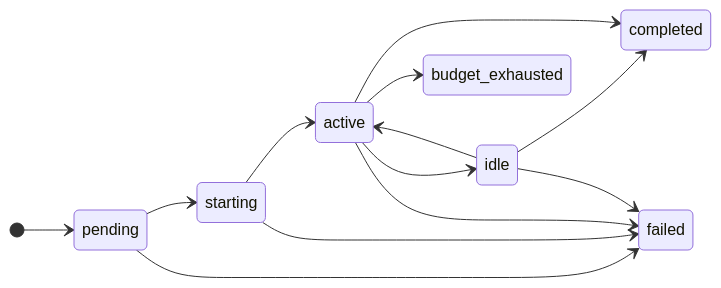
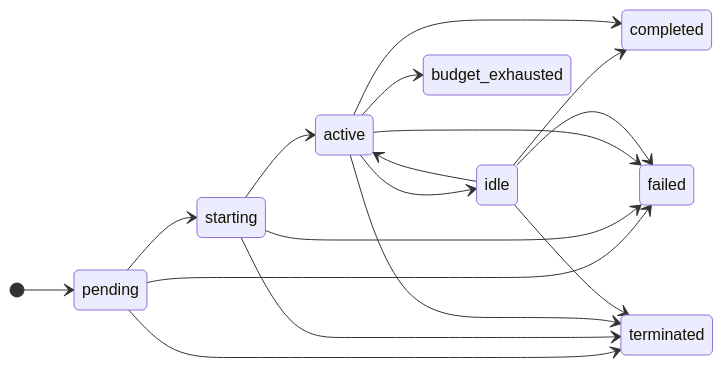
One commit to runkora/kora changed the diagram in docs/concepts/runs-and-sessions.md. Above: the diagram before and after it, drawn with Mermaid. The commit also changed other lines of this file and 35 other files, not shown here.

````diff
--- a/docs/concepts/runs-and-sessions.md
+++ b/docs/concepts/runs-and-sessions.md
@@ -11,16 +11,20 @@
 ```mermaid
 stateDiagram-v2
     direction LR
     [*] --> pending
     pending --> starting
     starting --> active
     active --> idle
     idle --> active
     idle --> completed
     active --> completed
     pending --> failed
     starting --> failed
     active --> failed
     idle --> failed
     active --> budget_exhausted
+    pending --> terminated
+    starting --> terminated
+    active --> terminated
+    idle --> terminated
 ```
````
